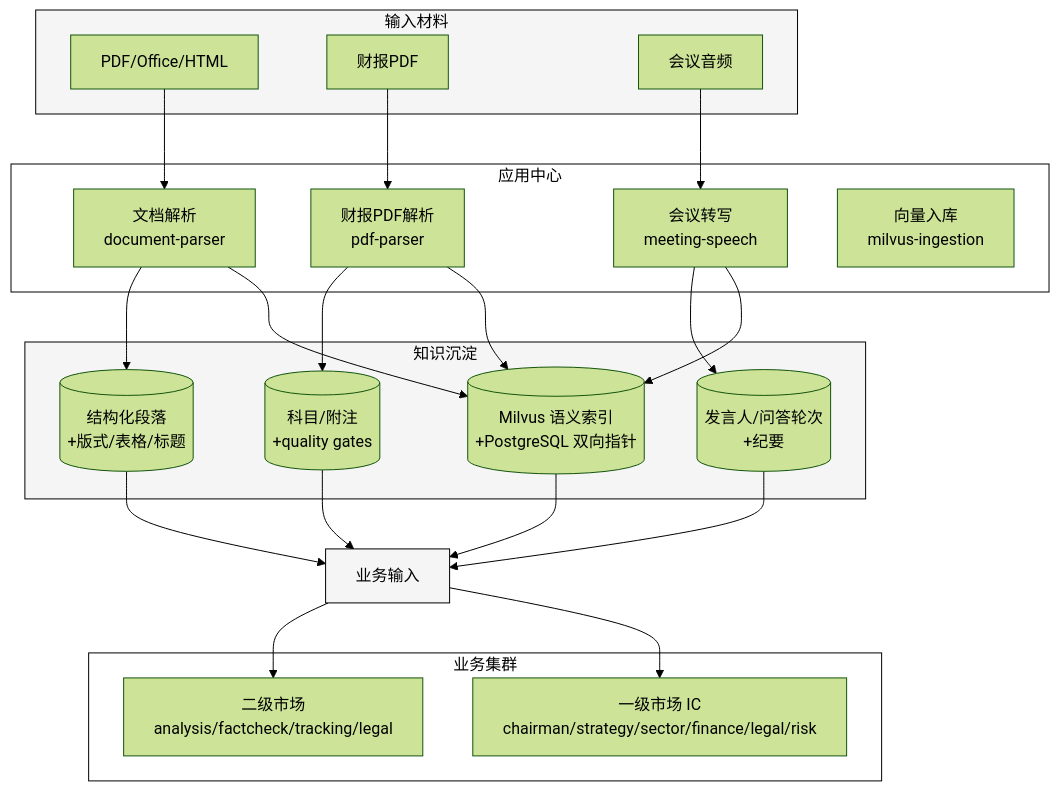
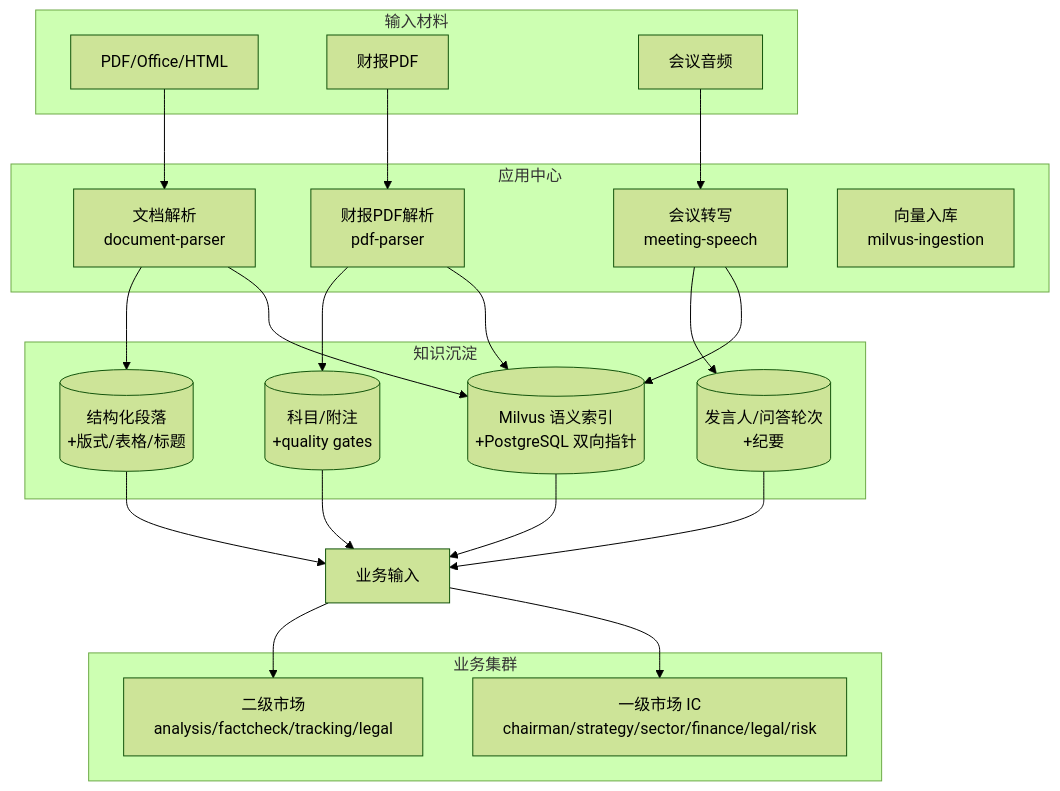
The diagram in docs/site/architecture/app-center.md (maoyadongsh/siq-research-engine), drawn with Mermaid (forest theme) before and after one commit. The commit also changed 5 other files, not shown here.

First line of the commit message:
docs: make mermaid diagrams theme-aware for dark mode

````diff
--- a/docs/site/architecture/app-center.md
+++ b/docs/site/architecture/app-center.md
@@ -16,49 +16,44 @@
 ```mermaid
 graph TB
     subgraph Inputs["输入材料"]
         I1[PDF/Office/HTML]
         I2[财报PDF]
         I3[会议音频]
     end
 
     subgraph AppCenter["应用中心"]
         A1[文档解析<br/>document-parser]
         A2[财报PDF解析<br/>pdf-parser]
         A3[会议转写<br/>meeting-speech]
         A4[向量入库<br/>milvus-ingestion]
     end
 
     subgraph Storage["知识沉淀"]
         S1[(结构化段落<br/>+版式/表格/标题)]
         S2[(科目/附注<br/>+quality gates)]
         S3[(发言人/问答轮次<br/>+纪要)]
         S4[(Milvus 语义索引<br/>+PostgreSQL 双向指针)]
     end
 
     subgraph Consumers["业务集群"]
         C1[二级市场<br/>analysis/factcheck/tracking/legal]
         C2[一级市场 IC<br/>chairman/strategy/sector/finance/legal/risk]
     end
 
     I1 --> A1
     I2 --> A2
     I3 --> A3
     A1 --> S1
     A1 --> S4
     A2 --> S2
     A2 --> S4
     A3 --> S3
     A3 --> S4
     S1 --> BizMerged[业务输入]
     S2 --> BizMerged
     S3 --> BizMerged
     S4 --> BizMerged
     BizMerged --> C1
     BizMerged --> C2
 
-    style Inputs fill:#f5f5f5,stroke:#000,color:#000
-    style AppCenter fill:#fff,stroke:#000,color:#000
-    style Storage fill:#f5f5f5,stroke:#000,color:#000
-    style Consumers fill:#fff,stroke:#000,color:#000
-    style BizMerged fill:#f5f5f5,stroke:#000,color:#000
 ```
````
